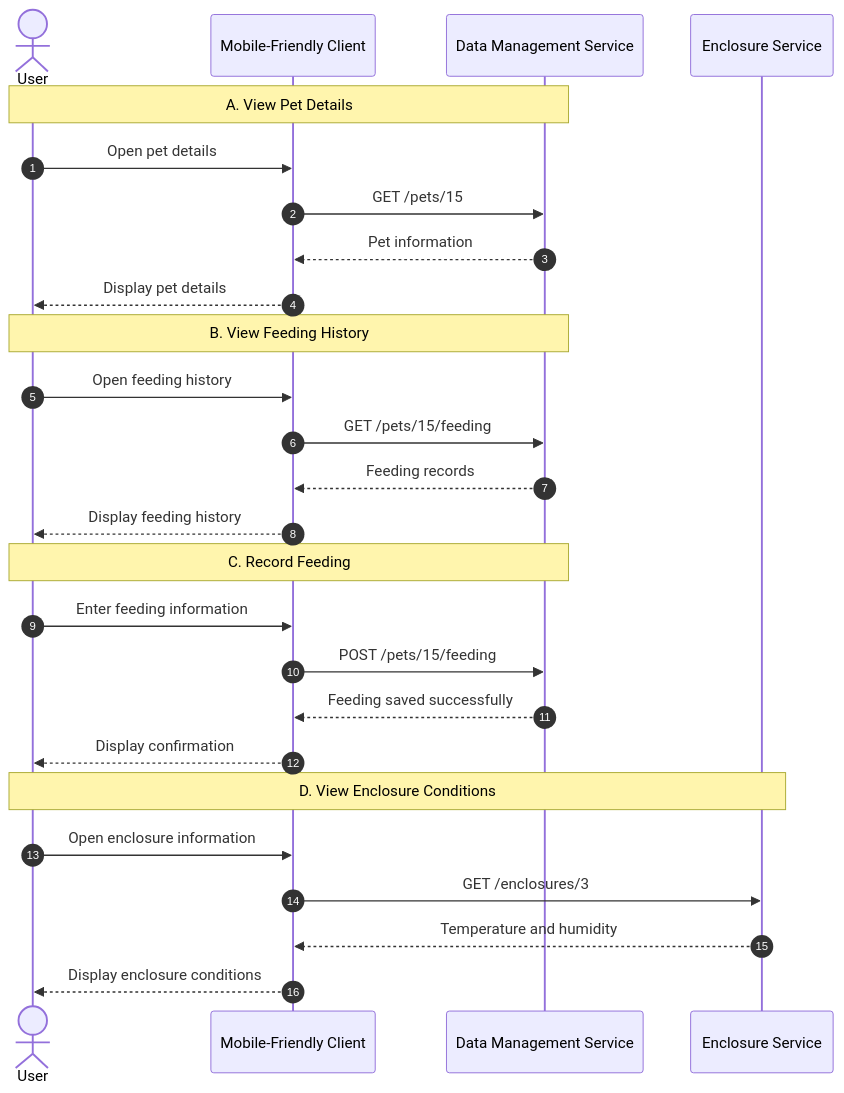
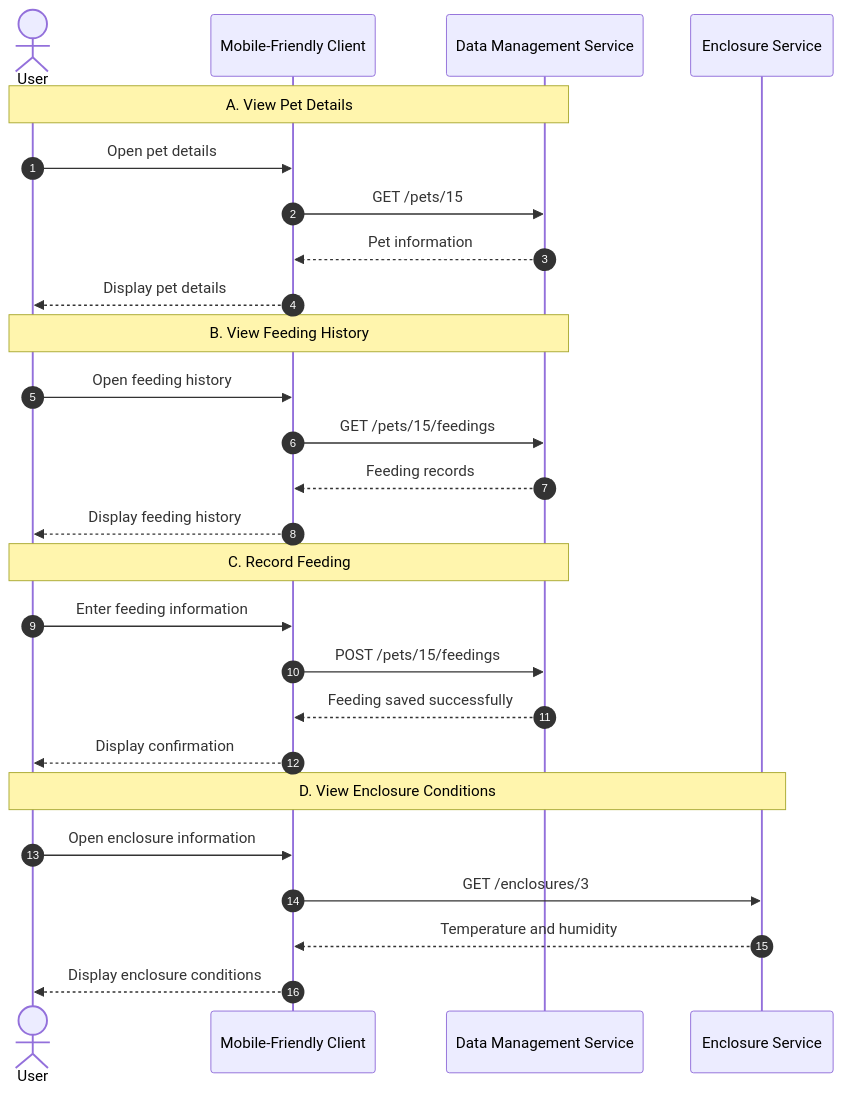
Before and after one commit to HugoLugo/exotic-pet-keeper-programming5: the second of 3 diagrams in docs/architecture.md, drawn with Mermaid. The commit also changed other lines of this file and 3 other files, not shown here.

Commit message:
Add Sensor Service and update architecture documentation

````diff
--- a/docs/architecture.md
+++ b/docs/architecture.md
@@ -201,37 +207,37 @@
 ```mermaid
 sequenceDiagram
     autonumber
 
     actor User
     participant App as Mobile-Friendly Client
     participant Data as Data Management Service
     participant Enclosure as Enclosure Service
 
     Note over User,Data: A. View Pet Details
 
     User->>App: Open pet details
     App->>Data: GET /pets/15
     Data-->>App: Pet information
     App-->>User: Display pet details
 
     Note over User,Data: B. View Feeding History
 
     User->>App: Open feeding history
-    App->>Data: GET /pets/15/feeding
+    App->>Data: GET /pets/15/feedings
     Data-->>App: Feeding records
     App-->>User: Display feeding history
 
     Note over User,Data: C. Record Feeding
 
     User->>App: Enter feeding information
-    App->>Data: POST /pets/15/feeding
+    App->>Data: POST /pets/15/feedings
     Data-->>App: Feeding saved successfully
     App-->>User: Display confirmation
 
     Note over User,Enclosure: D. View Enclosure Conditions
 
     User->>App: Open enclosure information
     App->>Enclosure: GET /enclosures/3
     Enclosure-->>App: Temperature and humidity
     App-->>User: Display enclosure conditions
 ```
````
